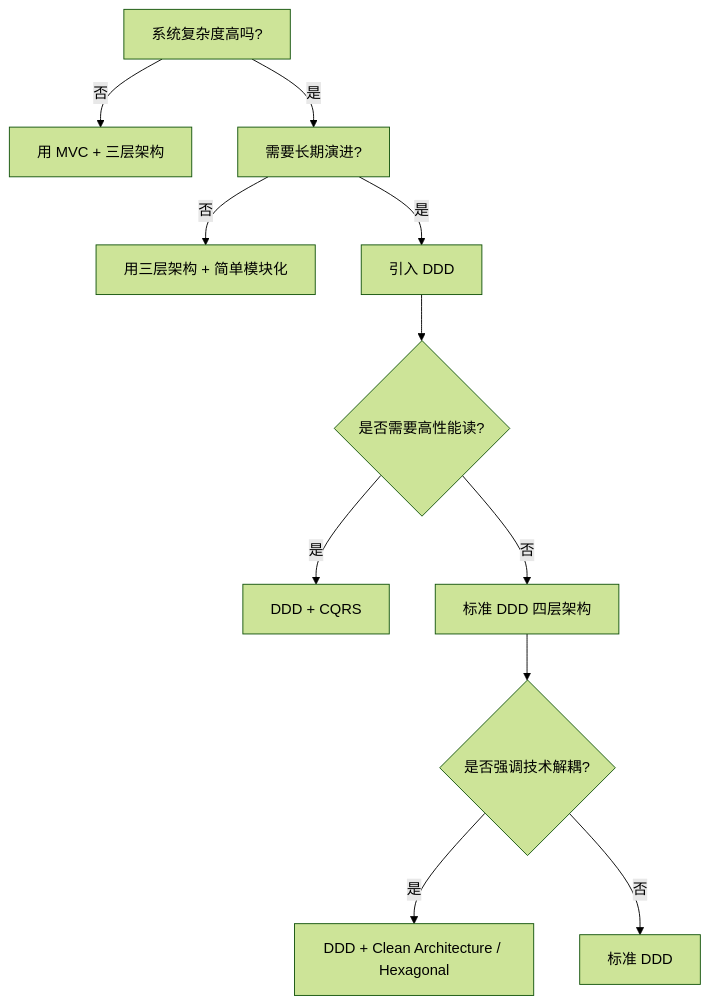
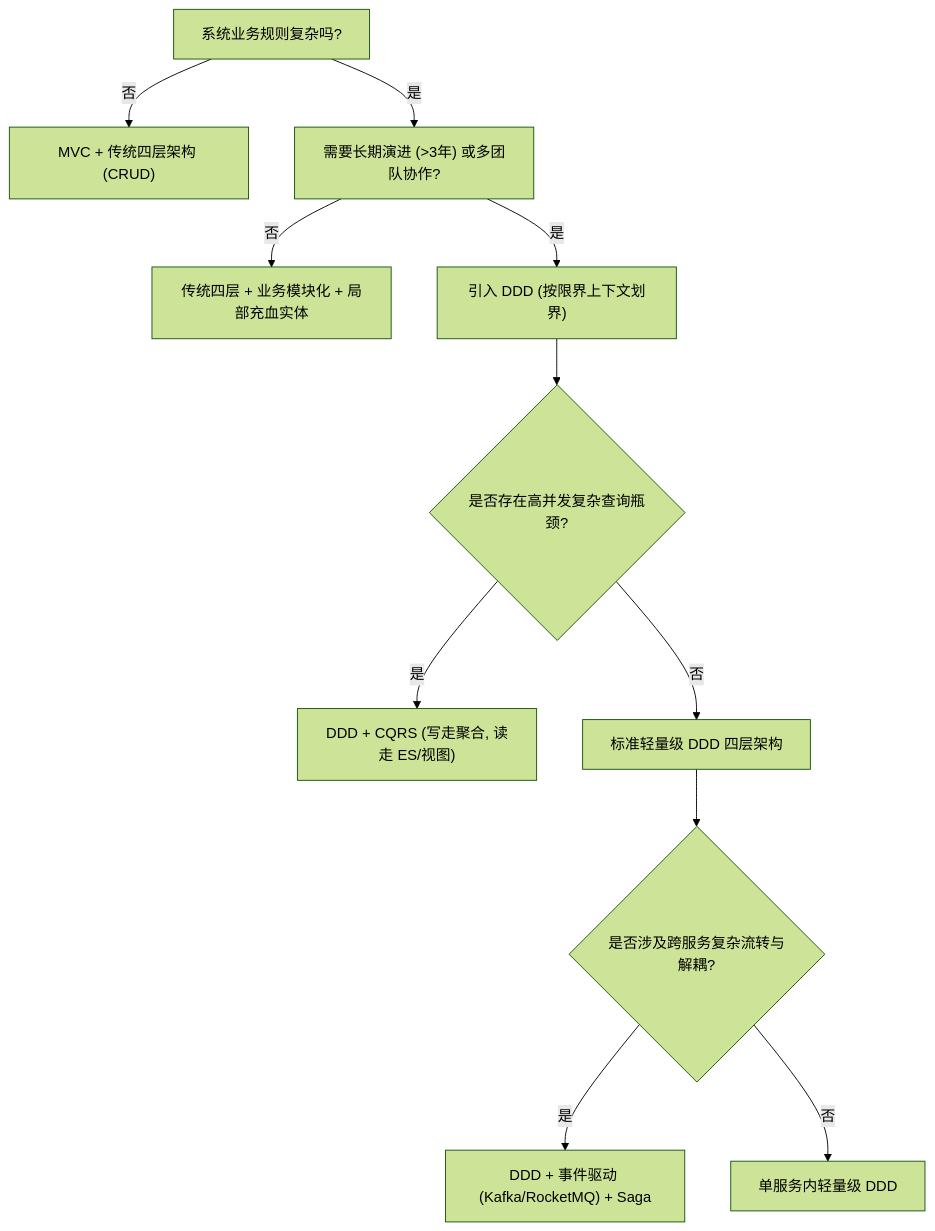
Before and after one commit to ldshuihen/Java-Interview-Notes: the second of 3 diagrams in 01-JavaBasic/01-架构模式.md, drawn with Mermaid (forest theme). The commit also changed other lines of this file and 337 other files, not shown here.

````diff
--- a/01-JavaBasic/01-架构模式.md
+++ b/01-JavaBasic/01-架构模式.md
@@ -134,14 +637,13 @@
 ```mermaid
 graph TD
-    A[系统复杂度高吗?] 
-    -->|否| B[用 MVC + 三层架构]
-    A -->|是| C[需要长期演进?]
-    C -->|否| D[用三层架构 + 简单模块化]
-    C -->|是| E[引入 DDD]
-    E --> F{是否需要高性能读?}
-    F -->|是| G[DDD + CQRS]
-    F -->|否| H[标准 DDD 四层架构]
-    H --> I{是否强调技术解耦?}
-    I -->|是| J[DDD + Clean Architecture / Hexagonal]
-    I -->|否| K[标准 DDD]
+    A["系统业务规则复杂吗?"] -->|否| B["MVC + 传统四层架构 (CRUD)"]
+    A -->|是| C["需要长期演进 (>3年) 或多团队协作?"]
+    C -->|否| D["传统四层 + 业务模块化 + 局部充血实体"]
+    C -->|是| E["引入 DDD (按限界上下文划界)"]
+    E --> F{"是否存在高并发复杂查询瓶颈?"}
+    F -->|是| G["DDD + CQRS (写走聚合, 读走 ES/视图)"]
+    F -->|否| H["标准轻量级 DDD 四层架构"]
+    H --> I{"是否涉及跨服务复杂流转与解耦?"}
+    I -->|是| J["DDD + 事件驱动 (Kafka/RocketMQ) + Saga"]
+    I -->|否| K["单服务内轻量级 DDD"]
 ```
````
